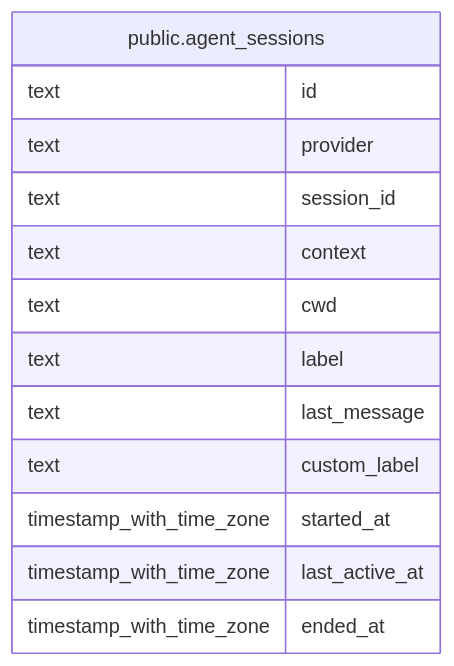
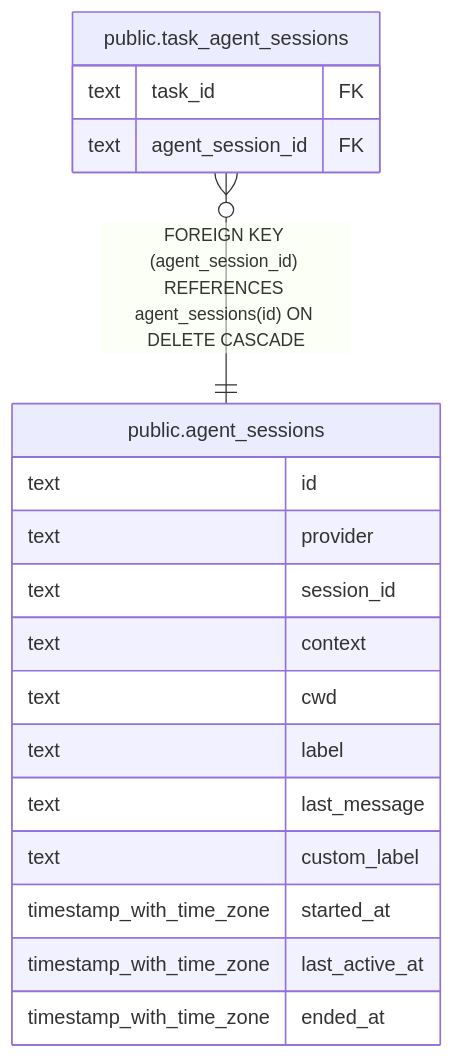
The diagram in docs/db/public.agent_sessions.md (fohte/tq), drawn with Mermaid before and after one commit. The commit also changed other lines of this file and 15 other files, not shown here.

Commit message:
api: add endpoints to link tasks and agent sessions (#440)

````diff
--- a/docs/db/public.agent_sessions.md
+++ b/docs/db/public.agent_sessions.md
@@ -36,18 +36,23 @@
 ```mermaid
 erDiagram
 
+"public.task_agent_sessions" }o--|| "public.agent_sessions" : "FOREIGN KEY (agent_session_id) REFERENCES agent_sessions(id) ON DELETE CASCADE"
 
 "public.agent_sessions" {
   text id
   text provider
   text session_id
   text context
   text cwd
   text label
   text last_message
   text custom_label
   timestamp_with_time_zone started_at
   timestamp_with_time_zone last_active_at
   timestamp_with_time_zone ended_at
 }
+"public.task_agent_sessions" {
+  text task_id FK
+  text agent_session_id FK
+}
 ```
````
